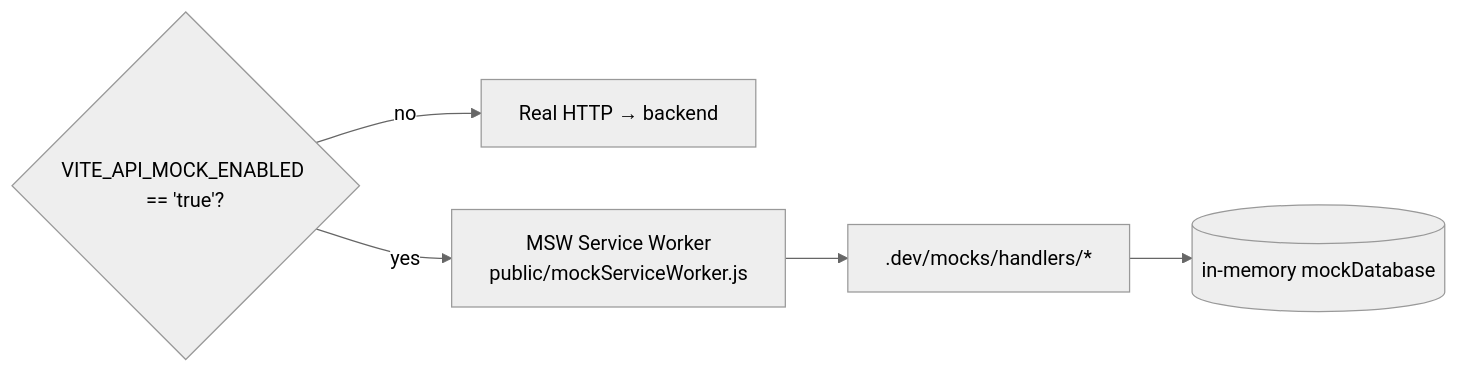
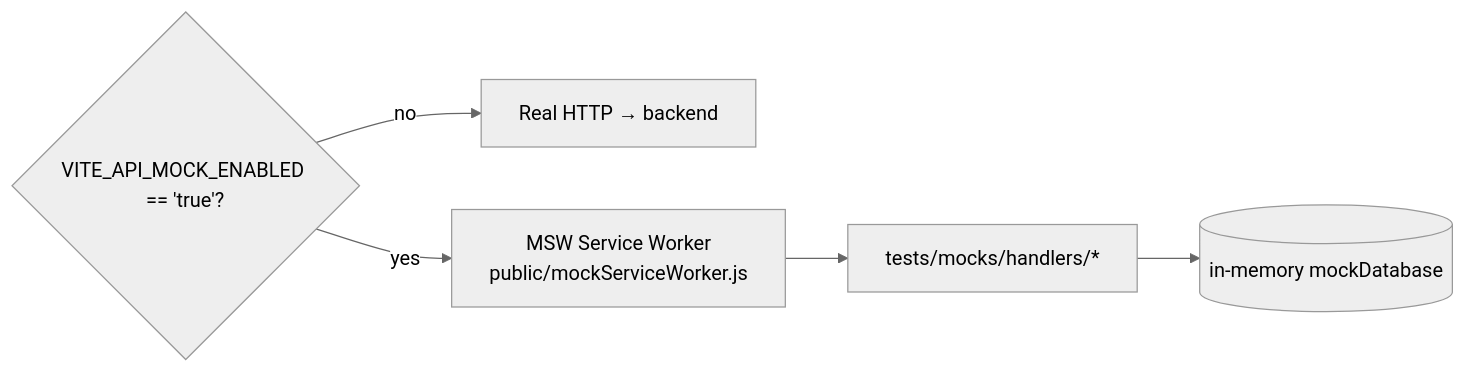
One commit to Guebbit/boilerplate-vue-frontend changed the sixth of 6 diagrams in README.md. Above: the diagram before and after it, drawn with Mermaid (neutral theme). The commit also changed other lines of this file and 178 other files, not shown here.

````diff
--- a/README.md
+++ b/README.md
@@ -390,8 +437,8 @@
 ```mermaid
 flowchart LR
     Env{VITE_API_MOCK_ENABLED == 'true'?}
     Env -- no --> Real[Real HTTP → backend]
     Env -- yes --> Worker[MSW Service Worker<br/>public/mockServiceWorker.js]
-    Worker --> Handlers[.dev/mocks/handlers/*]
+    Worker --> Handlers[tests/mocks/handlers/*]
     Handlers --> DB[(in-memory mockDatabase)]
 ```
````
